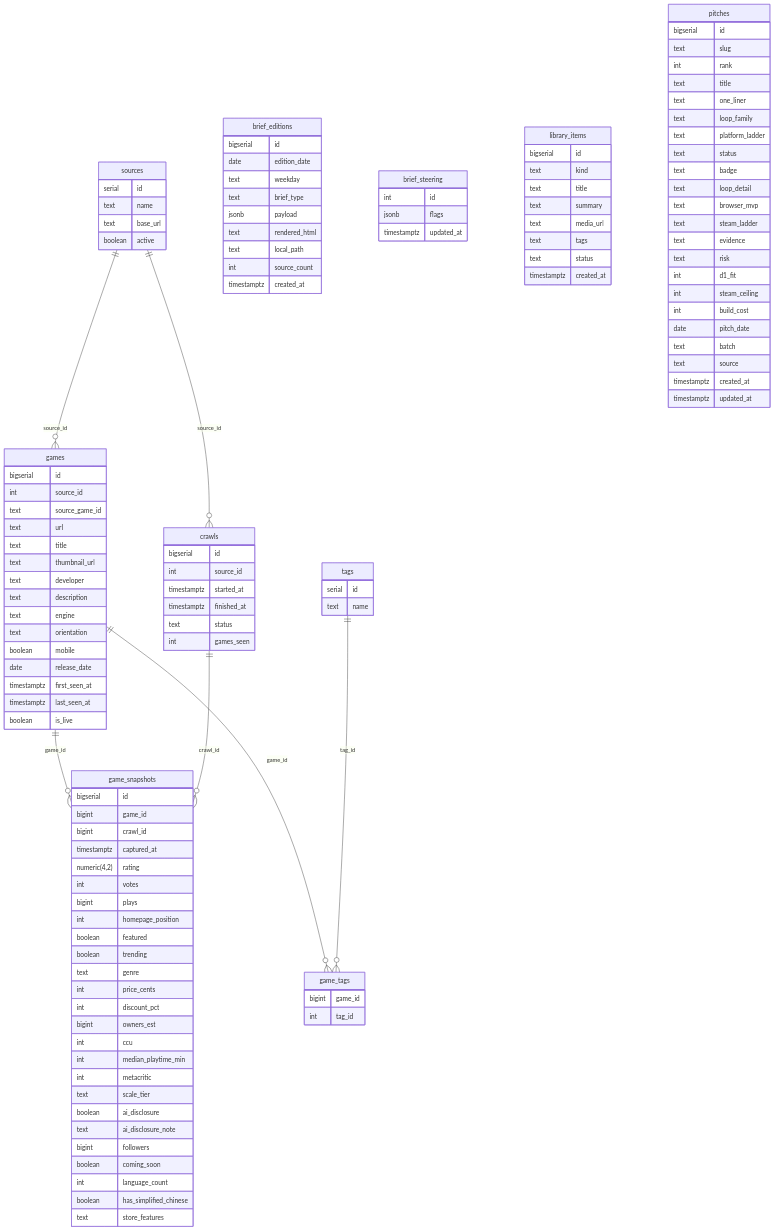
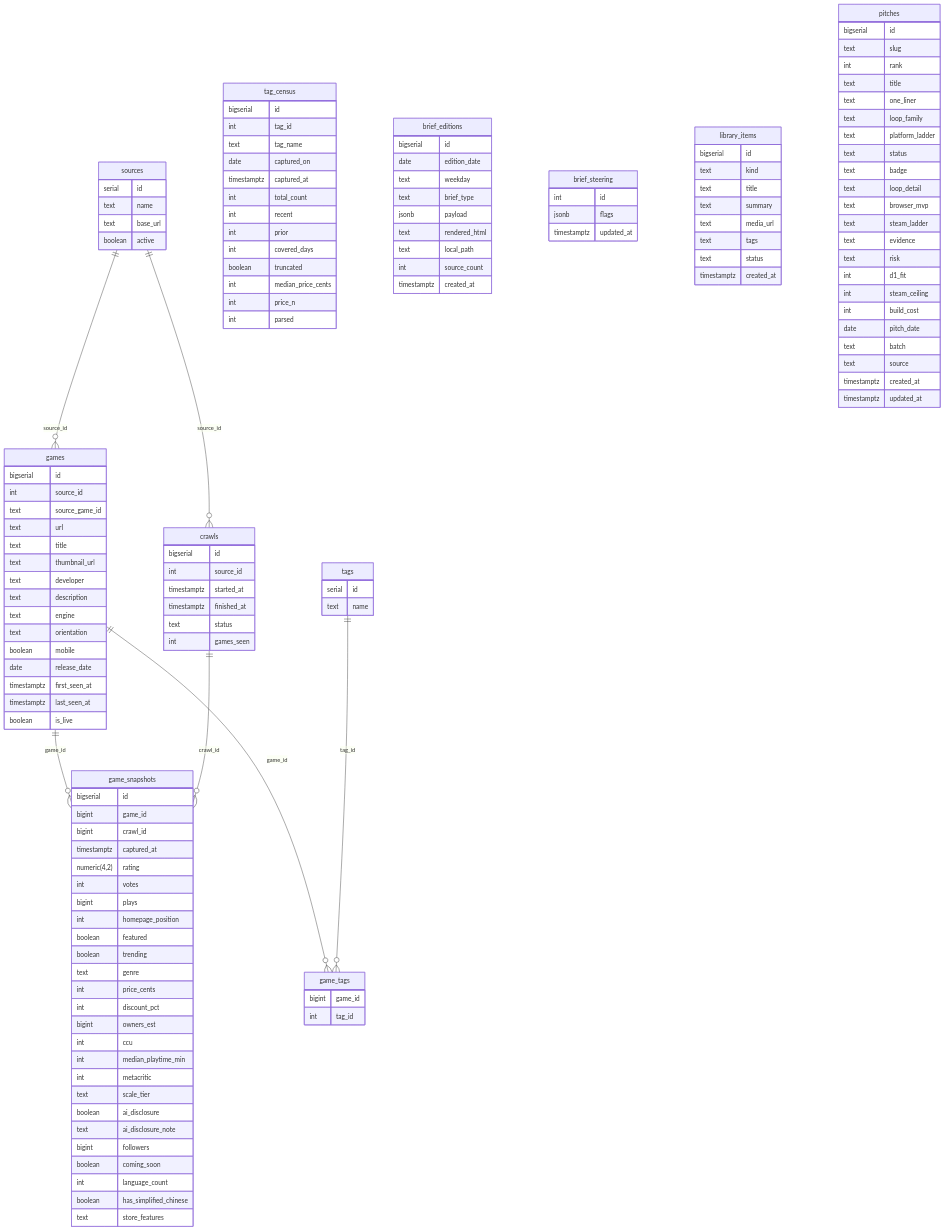
One commit to ry4nch1n/KAIROS changed the diagram in docs/reference/schema.md. Above: the diagram before and after it, drawn with Mermaid. The commit also changed other lines of this file and 23 other files, not shown here.

```diff
--- a/docs/reference/schema.md
+++ b/docs/reference/schema.md
@@ -85,6 +85,21 @@
     bigint game_id
     int tag_id
   }
+  tag_census {
+    bigserial id
+    int tag_id
+    text tag_name
+    date captured_on
+    timestamptz captured_at
+    int total_count
+    int recent
+    int prior
+    int covered_days
+    boolean truncated
+    int median_price_cents
+    int price_n
+    int parsed
+  }
   brief_editions {
     bigserial id
     date edition_date
```
